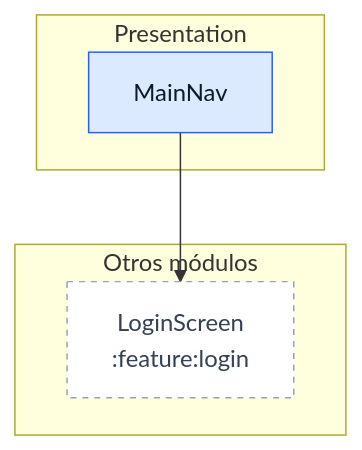
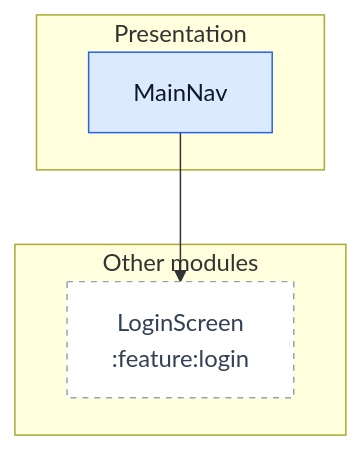
Before and after one commit to pfranccino/android-module-map: the first of 3 diagrams in examples/app.md, drawn with Mermaid. The commit also changed other lines of this file and 13 other files, not shown here.

````diff
--- a/examples/app.md
+++ b/examples/app.md
@@ -9,14 +9,14 @@
 ```mermaid
 graph TD
     subgraph Presentation
         n0["MainNav"]
     end
-    subgraph ext_modules["Otros módulos"]
+    subgraph ext_modules["Other modules"]
         n1["LoginScreen<br/>:feature:login"]
     end
     n0 --> n1
     classDef layerPresentation fill:#dbeafe,stroke:#2563eb,color:#0f172a
     class n0 layerPresentation
     classDef external fill:#ffffff,stroke:#94a3b8,stroke-dasharray:4,color:#334155
     class n1 external
 ```
````
